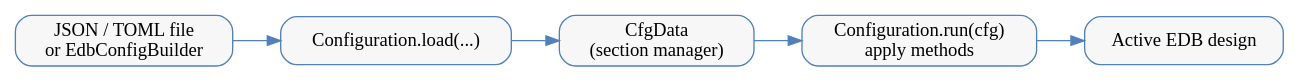
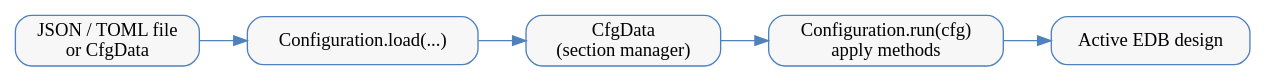
The diagram in doc/source/configuration/file_architecture.rst (ansys/pyedb), drawn with Graphviz before and after one commit. The commit also changed other lines of this file and 4 other files, not shown here.

```diff
--- a/doc/source/configuration/file_architecture.rst
+++ b/doc/source/configuration/file_architecture.rst
@@ -58,15 +58,15 @@
 .. graphviz::
 
    digraph configuration_architecture {
        rankdir=LR;
        node [shape=box, style="rounded,filled", fillcolor="#F7F7F7", color="#4F81BD"];
        edge [color="#4F81BD"];
 
-       file    [label="JSON / TOML file\nor EdbConfigBuilder"];
+       file    [label="JSON / TOML file\nor CfgData"];
        load    [label="Configuration.load(...)"];
        cfgdata [label="CfgData\n(section manager)"];
        run     [label="Configuration.run(cfg)\napply methods"];
        design  [label="Active EDB design"];
 
        file -> load -> cfgdata -> run -> design;
    }
```
